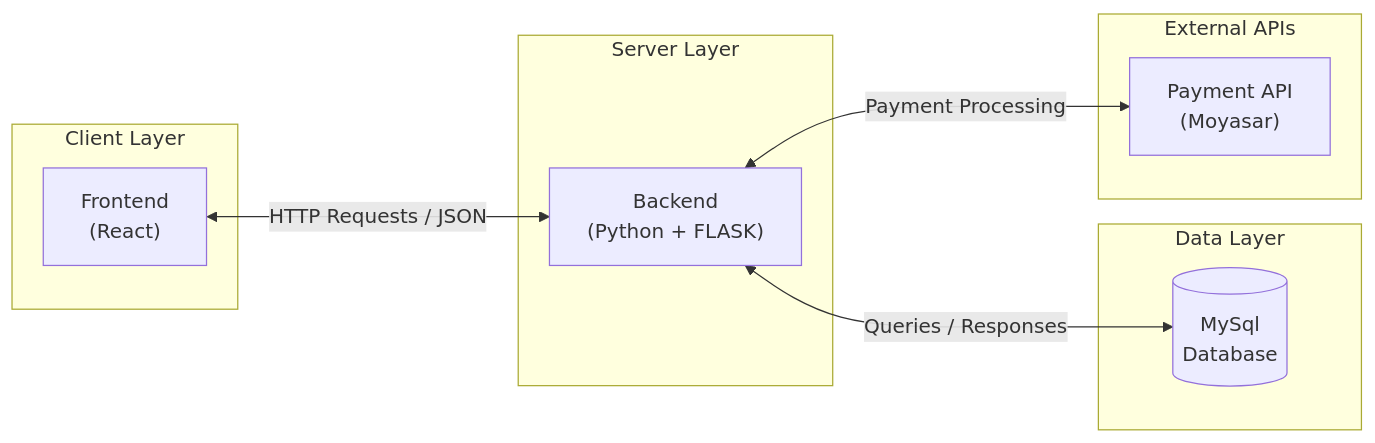
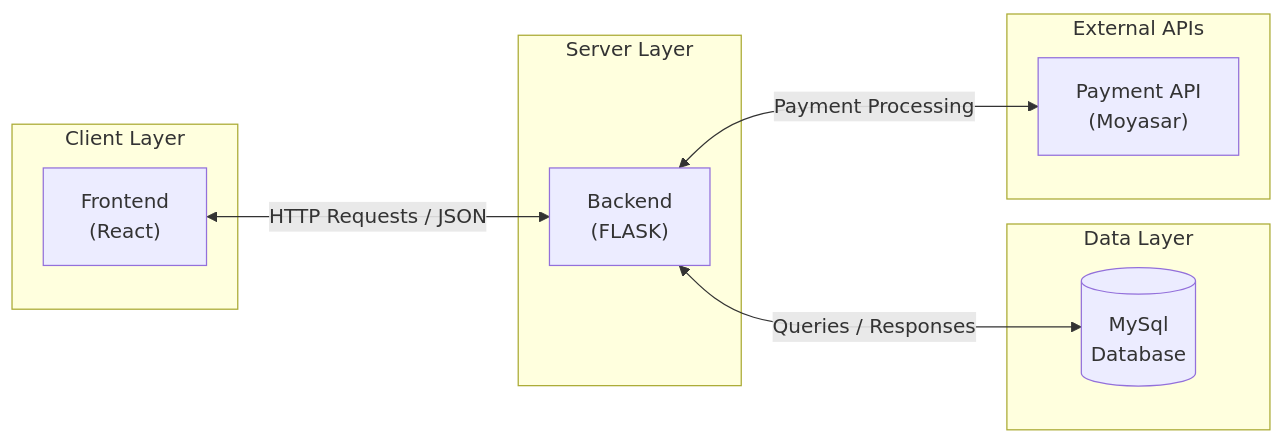
The first of 2 diagrams in Stage 3/high-level architecture diagram .md (aziz5g-tech/holbertonschool-portfolio-project), drawn with Mermaid before and after one commit.

Commit message:
Update backend description in architecture diagram

````diff
--- a/Stage 3/high-level architecture diagram .md
+++ b/Stage 3/high-level architecture diagram .md
@@ -4,22 +4,22 @@
 ```mermaid
 flowchart LR
     subgraph Client["Client Layer"]
         FE["Frontend<br/>(React)"]
     end
 
     subgraph Server["Server Layer"]
-        BE["Backend<br/>(Python + FLASK)"]
+        BE["Backend<br/>(FLASK)"]
     end
 
     subgraph Data["Data Layer"]
         DB[(MySql<br/>Database)]
     end
 
     subgraph External["External APIs"]
         MOYASAR["Payment API<br/>(Moyasar)"]
     end
 
     FE <-->|"HTTP Requests / JSON"| BE
     BE <-->|"Queries / Responses"| DB
     BE <-->|"Payment Processing"| MOYASAR
 ```
````
